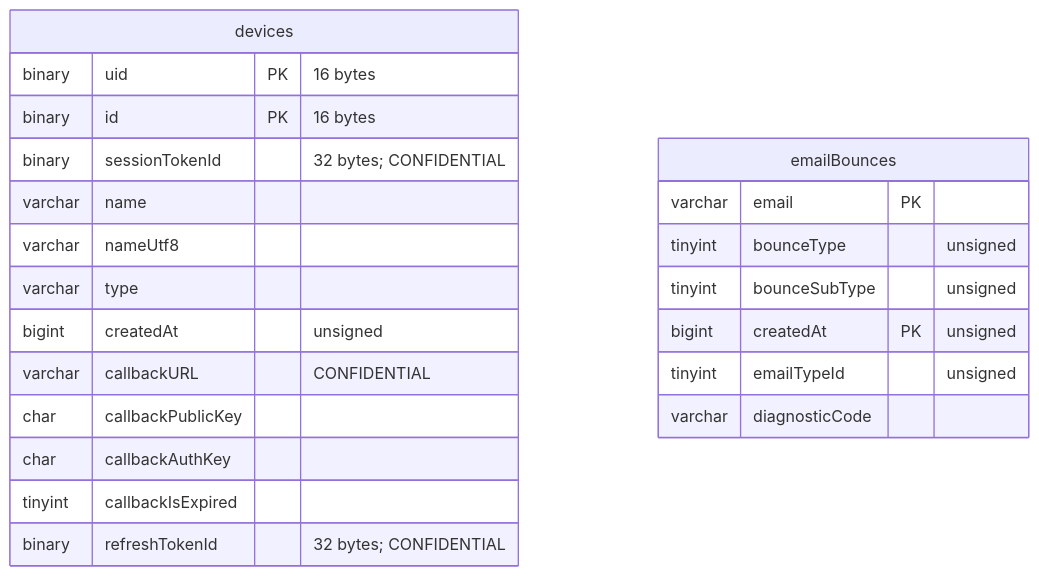
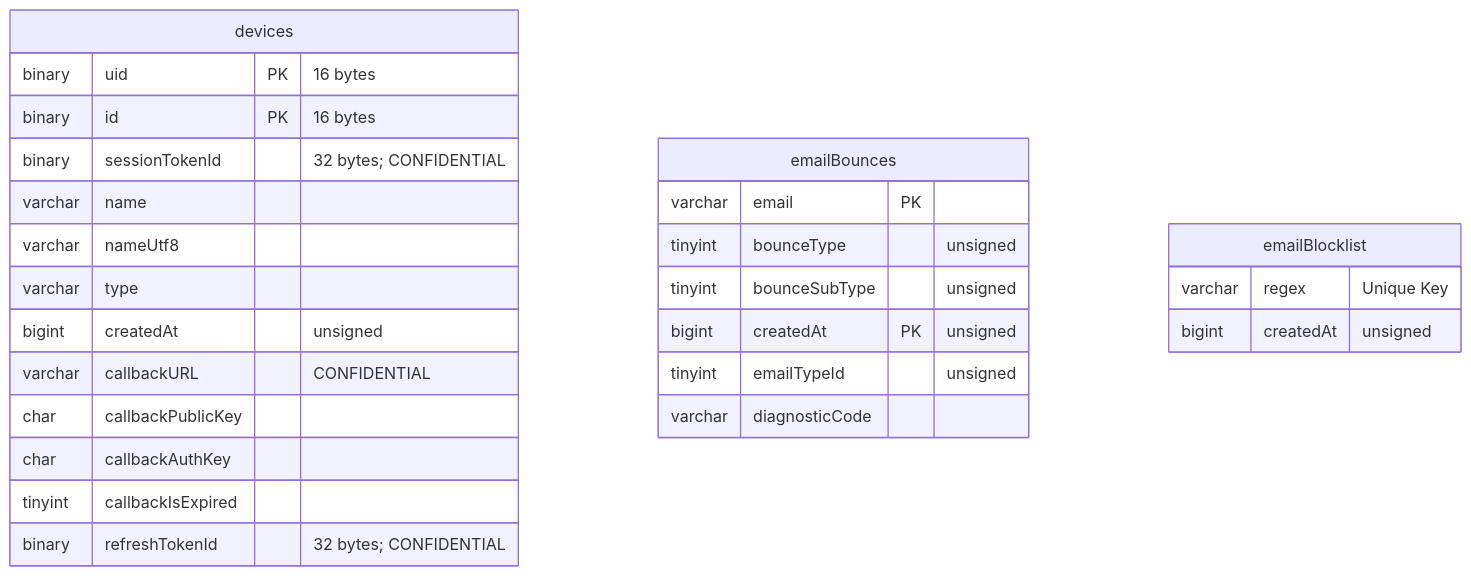
The fifth of 19 diagrams in docs/reference/database-structure.md (mozilla/ecosystem-platform), drawn with Mermaid before and after one commit. The commit also changed other lines of this file, not shown here.

````diff
--- a/docs/reference/database-structure.md
+++ b/docs/reference/database-structure.md
@@ -143,25 +164,29 @@
 ```mermaid
 erDiagram
     devices {
         binary uid PK "16 bytes"
         binary id PK "16 bytes"
         binary sessionTokenId "32 bytes; CONFIDENTIAL"
         varchar name
         varchar nameUtf8
         varchar type
         bigint createdAt "unsigned"
         varchar callbackURL "CONFIDENTIAL"
         char callbackPublicKey
         char callbackAuthKey
         tinyint callbackIsExpired
         binary refreshTokenId "32 bytes; CONFIDENTIAL"
     }
     emailBounces {
         varchar email PK
         tinyint bounceType "unsigned"
         tinyint bounceSubType "unsigned"
         bigint createdAt PK "unsigned"
         tinyint emailTypeId "unsigned"
         varchar diagnosticCode
     }
+    emailBlocklist {
+        varchar regex "Unique Key"
+        bigint createdAt "unsigned"
+    }
 ```
````
